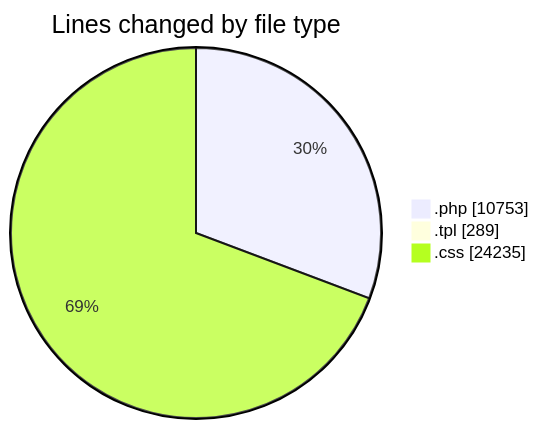
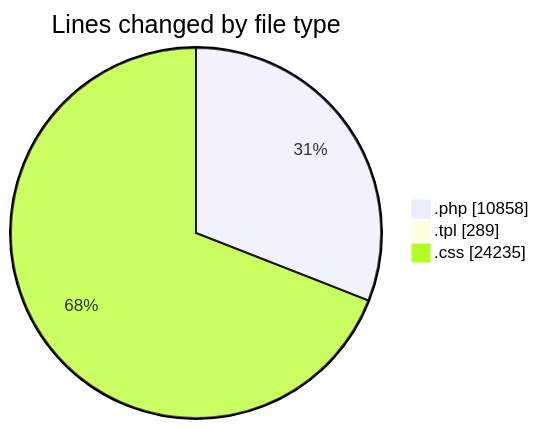
One commit to vahidmafi/code-tracking changed the first of 2 diagrams in 2025-04-18/zeytoon/README.md. Above: the diagram before and after it, drawn with Mermaid. The commit also changed other lines of this file and 1 other file, not shown here.

````diff
--- a/2025-04-18/zeytoon/README.md
+++ b/2025-04-18/zeytoon/README.md
@@ -33,7 +34,7 @@
 ```mermaid
 pie showData
 title Lines changed by file type
-".php" : 10753
+".php" : 10858
 ".tpl" : 289
 ".css" : 24235
 ```
````
